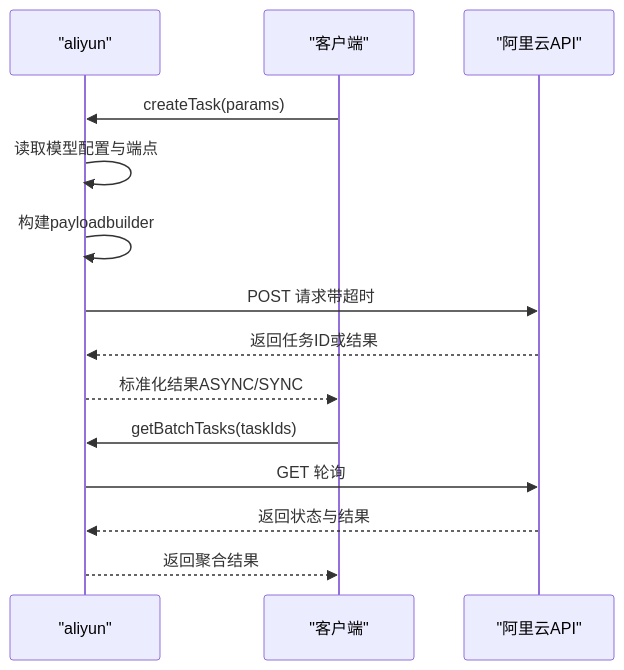
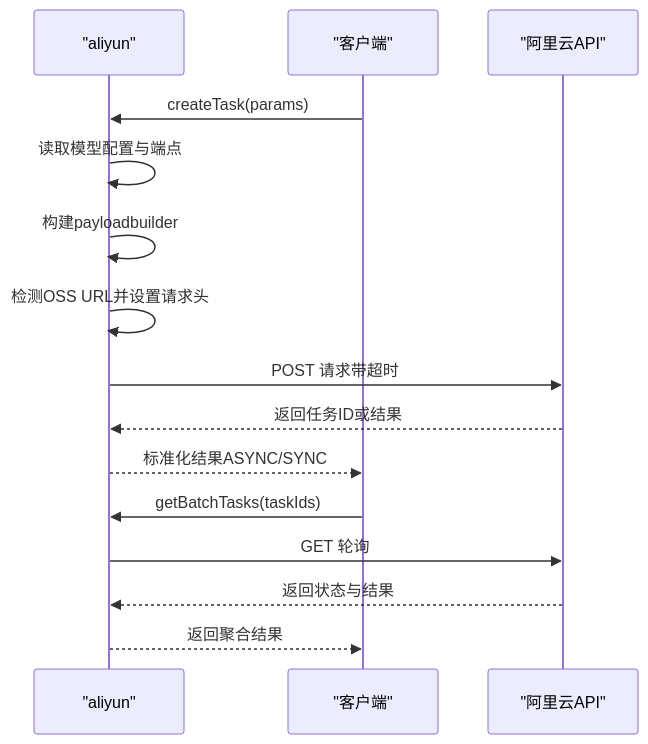
The sixth of 8 diagrams in .qoder/repowiki/zh/content/架构设计/组件架构/生成器组件/媒体编辑器.md (alex0001yyy/wan-app), drawn with Mermaid before and after one commit. The commit also changed other lines of this file and 35 other files, not shown here.

````diff
--- a/.qoder/repowiki/zh/content/架构设计/组件架构/生成器组件/媒体编辑器.md
+++ b/.qoder/repowiki/zh/content/架构设计/组件架构/生成器组件/媒体编辑器.md
@@ -296,16 +322,17 @@
 ```mermaid
 sequenceDiagram
 participant S as "aliyun"
 participant C as "客户端"
 participant API as "阿里云API"
 C->>S : createTask(params)
 S->>S : 读取模型配置与端点
 S->>S : 构建payloadbuilder
+S->>S : 检测OSS URL并设置请求头
 S->>API : POST 请求带超时
 API-->>S : 返回任务ID或结果
 S-->>C : 标准化结果ASYNC/SYNC
 C->>S : getBatchTasks(taskIds)
 S->>API : GET 轮询
 API-->>S : 返回状态与结果
 S-->>C : 返回聚合结果
 ```
````
